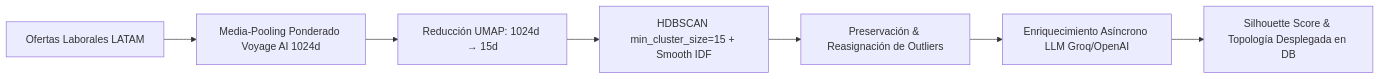
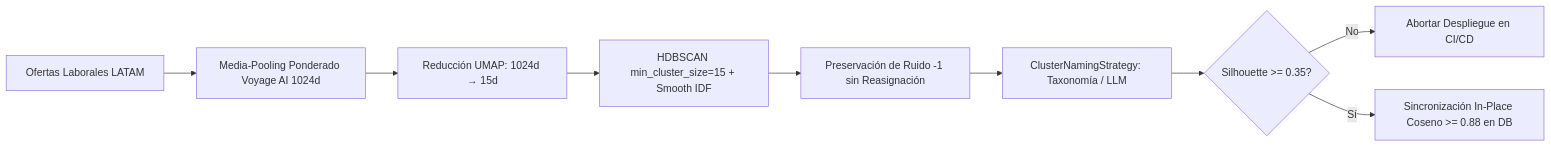
Before and after one commit to devalign/devalign-docs: the fourth of 4 diagrams in MODEL.md, drawn with Mermaid. The commit also changed other lines of this file and 2 other files, not shown here.

Commit message:
docs(architecture): update ml pipeline specifications, safe sync and naming strategy

````diff
--- a/MODEL.md
+++ b/MODEL.md
@@ -131,9 +131,11 @@
 ```mermaid
 flowchart LR
     Offers[Ofertas Laborales LATAM] --> Vectorizer[Media-Pooling Ponderado Voyage AI 1024d]
     Vectorizer --> UMAP[Reducción UMAP: 1024d → 15d]
     UMAP --> HDBSCAN[HDBSCAN min_cluster_size=15 + Smooth IDF]
-    HDBSCAN --> Outliers[Preservación & Reasignación de Outliers]
-    Outliers --> LLM[Enriquecimiento Asíncrono LLM Groq/OpenAI]
-    LLM --> Metrics[Silhouette Score & Topología Desplegada en DB]
+    HDBSCAN --> Outliers[Preservación de Ruido -1 sin Reasignación]
+    Outliers --> Naming[ClusterNamingStrategy: Taxonomía / LLM]
+    Naming --> Gate{Silhouette >= 0.35?}
+    Gate -->|No| Abort[Abortar Despliegue en CI/CD]
+    Gate -->|Sí| Sync[Sincronización In-Place Coseno >= 0.88 en DB]
 ```
````
